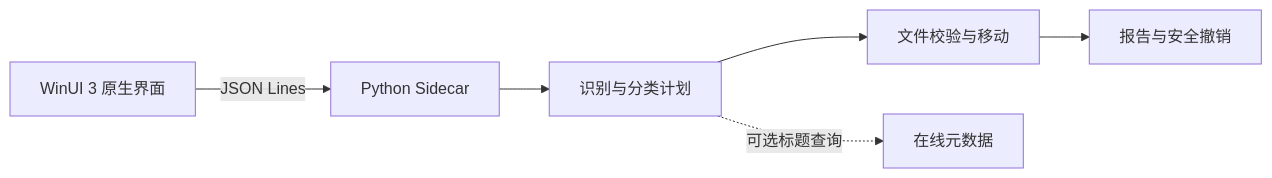
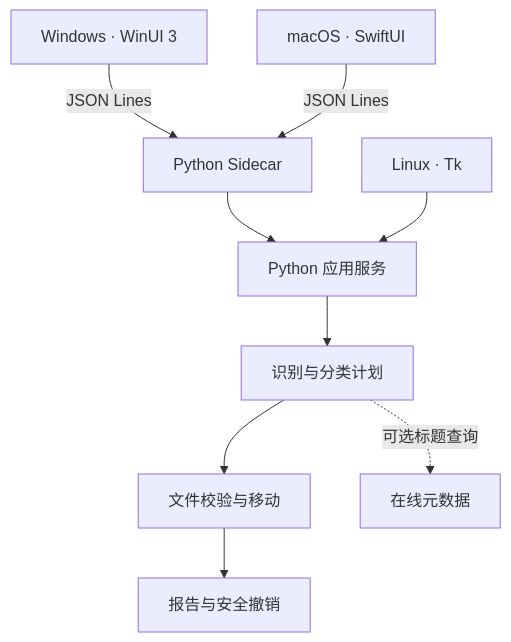
Before and after one commit to chenhaoxiang05/LightNovelSelector: the diagram in README.md, drawn with Mermaid. The commit also changed other lines of this file and 35 other files, not shown here.

First line of the commit message:
新增 macOS Liquid Glass 与 Linux 桌面版，优化大书库扫描和预览 (#130)

````diff
--- a/README.md
+++ b/README.md
@@ -122,8 +162,11 @@
 ```mermaid
-flowchart LR
-    UI["WinUI 3 原生界面"] -->|"JSON Lines"| Sidecar["Python Sidecar"]
-    Sidecar --> Plan["识别与分类计划"]
+flowchart TD
+    Win["Windows · WinUI 3"] -->|"JSON Lines"| Sidecar["Python Sidecar"]
+    Mac["macOS · SwiftUI"] -->|"JSON Lines"| Sidecar
+    Sidecar --> Service["Python 应用服务"]
+    Linux["Linux · Tk"] --> Service
+    Service --> Plan["识别与分类计划"]
     Plan --> Files["文件校验与移动"]
     Files --> Report["报告与安全撤销"]
     Plan -. "可选标题查询" .-> Metadata["在线元数据"]
 ```
````
